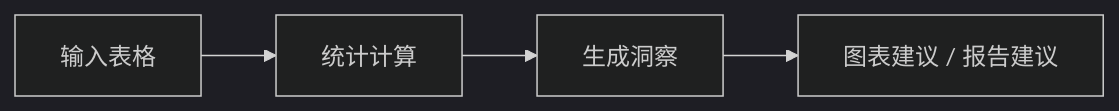
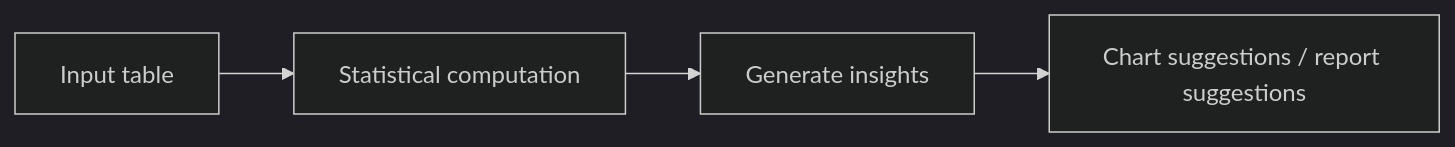
The diagram in docs/ch09-agent/ch10-projects/02-data-analysis-agent.md (oudbiao/AI-fullstack-course), drawn with Mermaid (dark theme) before and after one commit. The commit also changed other lines of this file and 1406 other files, not shown here.

````diff
--- a/docs/ch09-agent/ch10-projects/02-data-analysis-agent.md
+++ b/docs/ch09-agent/ch10-projects/02-data-analysis-agent.md
@@ -35,6 +35,6 @@
 ```mermaid
 flowchart LR
-    A["输入表格"] --> B["统计计算"]
-    B --> C["生成洞察"]
-    C --> D["图表建议 / 报告建议"]
+    A["Input table"] --> B["Statistical computation"]
+    B --> C["Generate insights"]
+    C --> D["Chart suggestions / report suggestions"]
 ```
````
